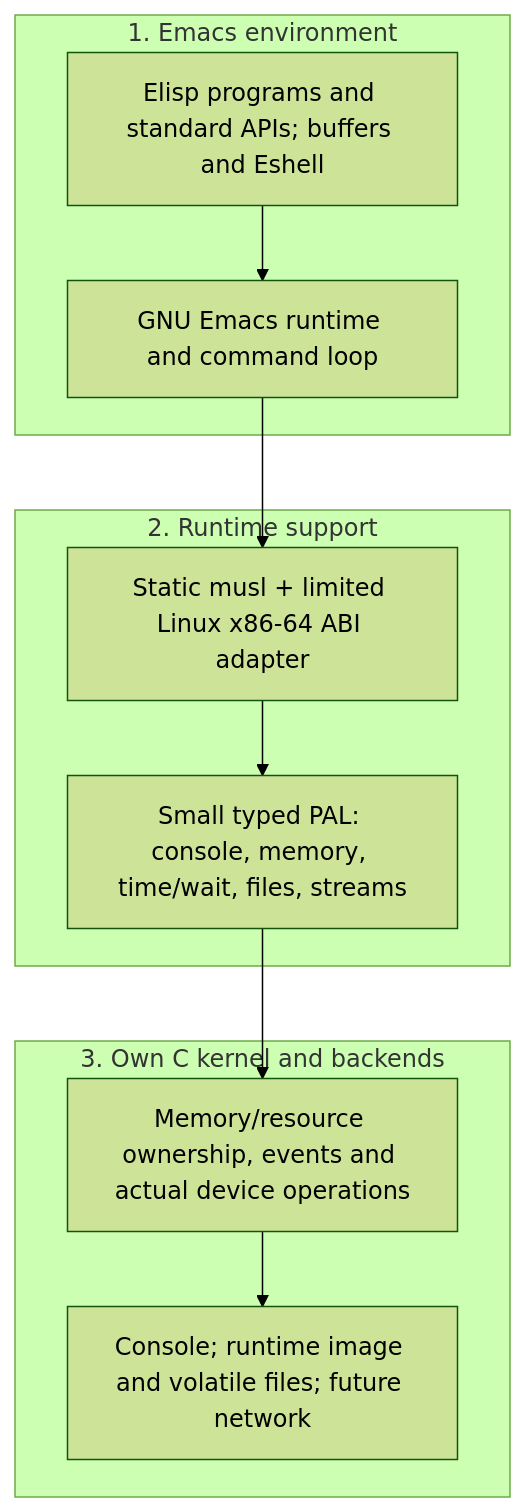
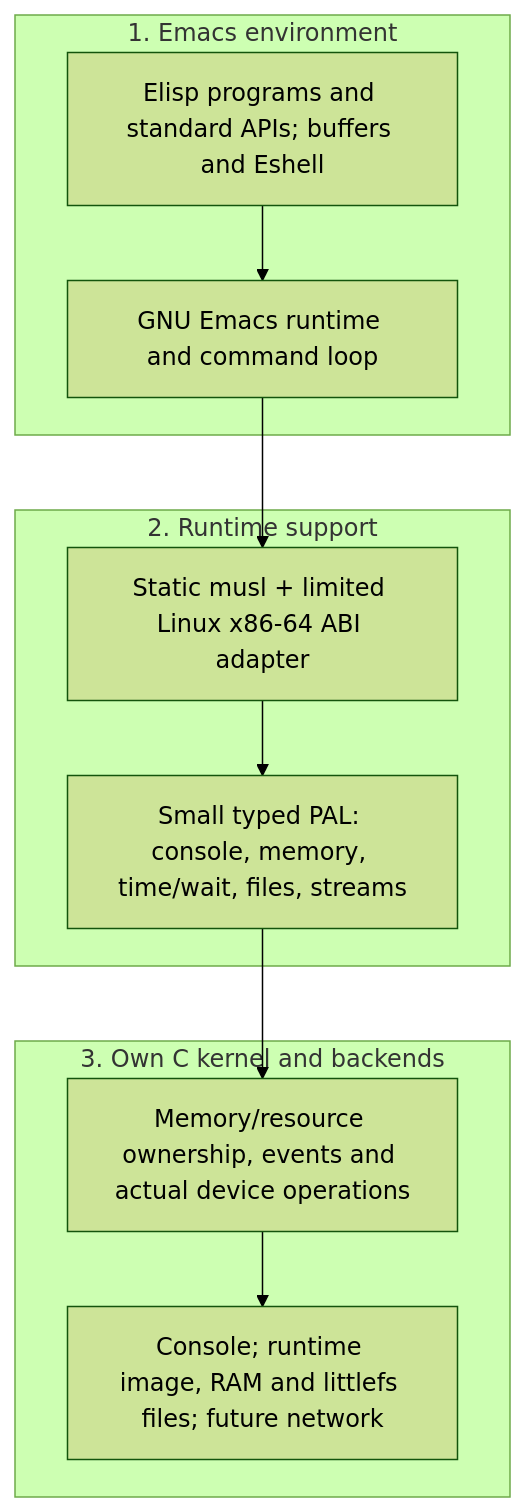
The diagram in docs/design.md (suxiaogang223/emacsos), drawn with Mermaid (forest theme) before and after one commit. The commit also changed other lines of this file and 20 other files, not shown here.

````diff
--- a/docs/design.md
+++ b/docs/design.md
@@ -27,20 +30,20 @@
 ```mermaid
 flowchart TB
     subgraph environment["1. Emacs environment"]
       tools["Elisp programs and standard APIs; buffers and Eshell"]
       runtime["GNU Emacs runtime and command loop"]
       tools --> runtime
     end
     subgraph support["2. Runtime support"]
       adapter["Static musl + limited Linux x86-64 ABI adapter"]
       pal["Small typed PAL: console, memory, time/wait, files, streams"]
       adapter --> pal
     end
     subgraph kernel["3. Own C kernel and backends"]
       core["Memory/resource ownership, events and actual device operations"]
-      backend["Console; runtime image and volatile files; future network"]
+      backend["Console; runtime image, RAM and littlefs files; future network"]
       core --> backend
     end
     runtime --> adapter
     pal --> core
 ```
````
